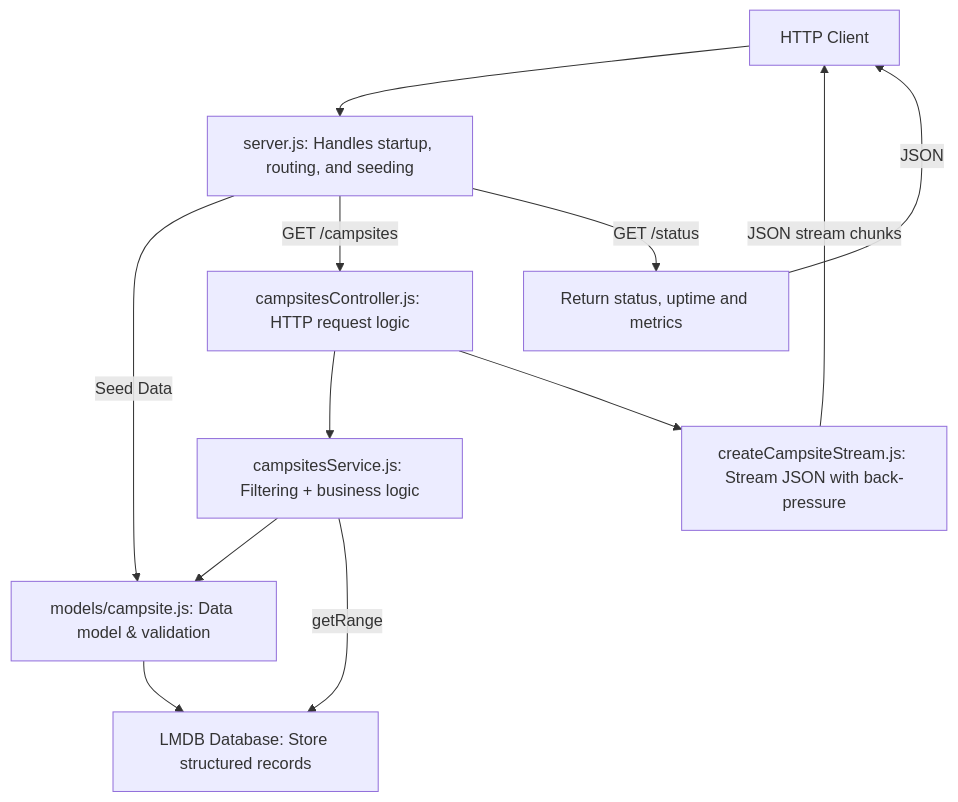
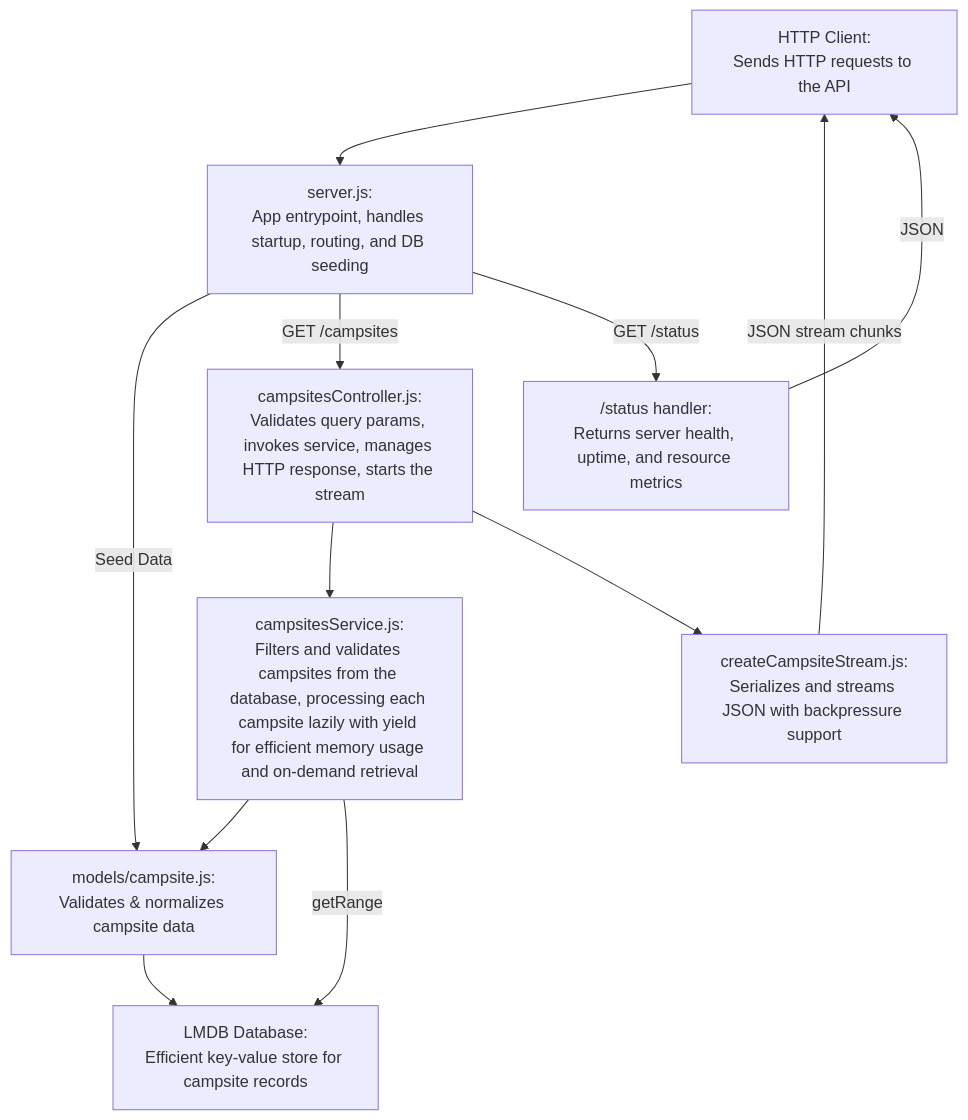
The diagram in README.md (baileydunning/campsite-streaming-server), drawn with Mermaid before and after one commit.

Commit message:
update arch diagram

````diff
--- a/README.md
+++ b/README.md
@@ -15,14 +15,23 @@
 ```mermaid
 flowchart TD
-    A["HTTP Client"] --> B["server.js: Handles startup, routing, and seeding"]
-    B -->|Seed Data| M["models/campsite.js: Data model & validation"]
-    M --> D["LMDB Database: Store structured records"]
-    B -->|"GET /campsites"| E["campsitesController.js: HTTP request logic"]
-    E --> F["campsitesService.js: Filtering + business logic"]
+    A["HTTP Client:<br/>Sends HTTP requests to the API"]
+    B["server.js:<br/>App entrypoint, handles startup, routing, and DB seeding"]
+    M["models/campsite.js:<br/>Validates & normalizes campsite data"]
+    D["LMDB Database:<br/>Efficient key-value store for campsite records"]
+    E["campsitesController.js:<br/>Validates query params, invokes service, manages HTTP response, starts the stream"]
+    F["campsitesService.js:<br/>Filters and validates campsites from the database, processing each campsite lazily with yield for efficient memory usage and on-demand retrieval"]
+    G["createCampsiteStream.js:<br/>Serializes and streams JSON with backpressure support"]
+    H["/status handler:<br/>Returns server health, uptime, and resource metrics"]
+
+    A --> B
+    B -->|Seed Data| M
+    M --> D
+    B -->|"GET /campsites"| E
+    E --> F
     F --> M
     F -->|getRange| D
-    E --> G["createCampsiteStream.js: Stream JSON with back-pressure"]
+    E --> G
     G -->|"JSON stream chunks"| A
-    B -->|"GET /status"| H["Return status, uptime and metrics"]
+    B -->|"GET /status"| H
     H -->|"JSON"| A
 ```
````
